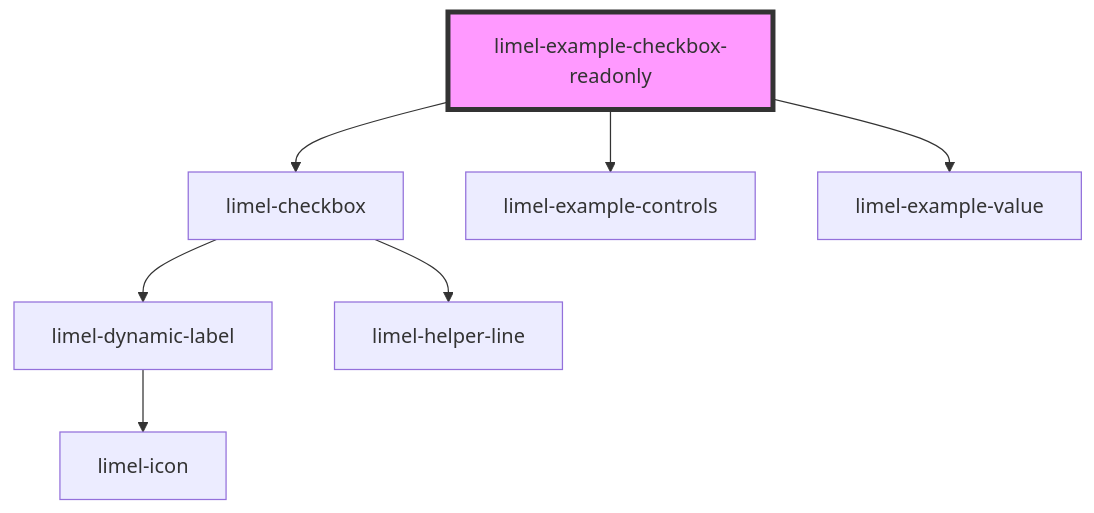
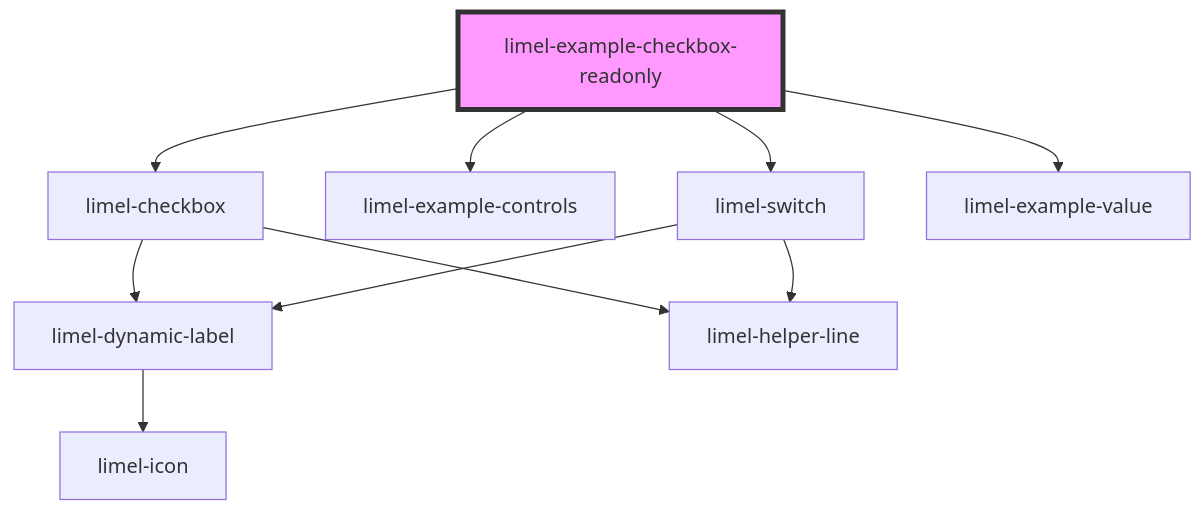
The diagram in versions/PR-3478/markdown-docs/components/checkbox/examples/readme.md (Lundalogik/lime-elements), drawn with Mermaid before and after one commit. The commit also changed other lines of this file and 118 other files, not shown here.

````diff
--- a/versions/PR-3478/markdown-docs/components/checkbox/examples/readme.md
+++ b/versions/PR-3478/markdown-docs/components/checkbox/examples/readme.md
@@ -38,10 +39,13 @@
 ```mermaid
 graph TD;
   limel-example-checkbox-readonly --> limel-checkbox
   limel-example-checkbox-readonly --> limel-example-controls
+  limel-example-checkbox-readonly --> limel-switch
   limel-example-checkbox-readonly --> limel-example-value
   limel-checkbox --> limel-dynamic-label
   limel-checkbox --> limel-helper-line
   limel-dynamic-label --> limel-icon
+  limel-switch --> limel-helper-line
+  limel-switch --> limel-dynamic-label
   style limel-example-checkbox-readonly fill:#f9f,stroke:#333,stroke-width:4px
 ```
````
